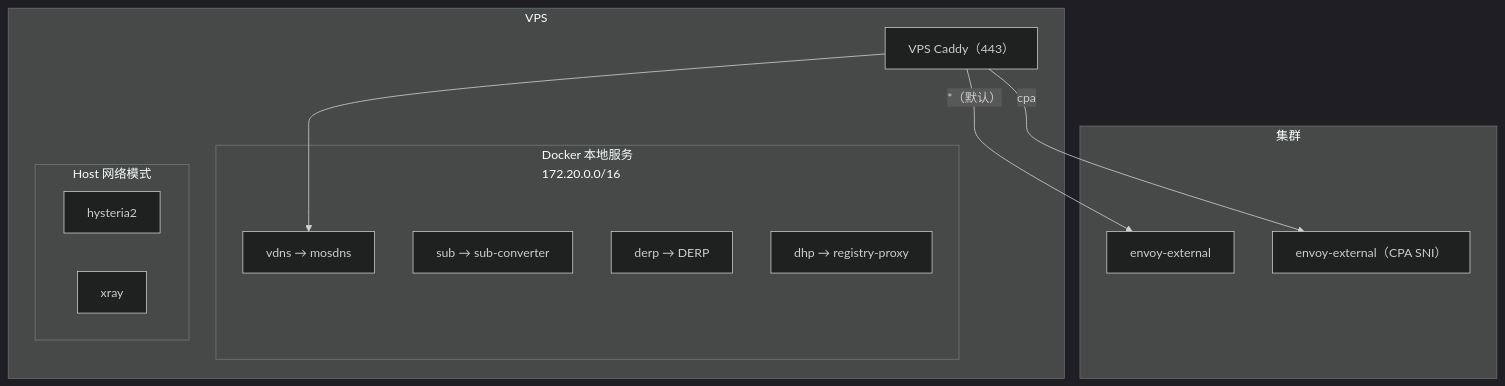
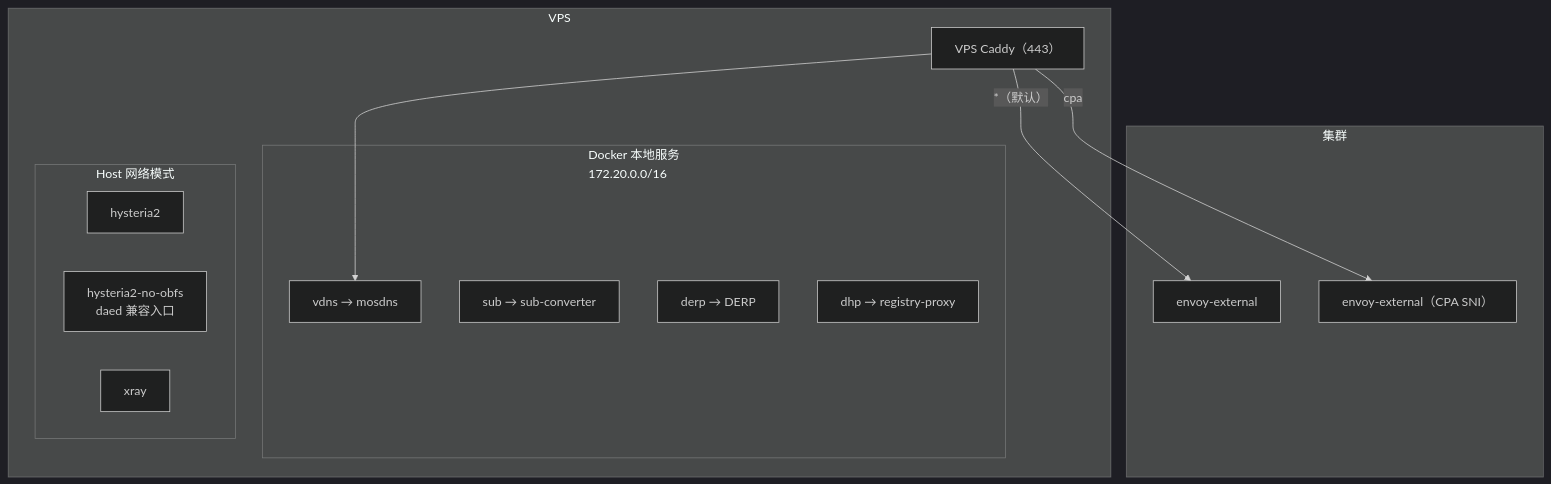
One commit to shelken/home-ops changed the sixth of 8 diagrams in docs/ARCHITECTURE.md. Above: the diagram before and after it, drawn with Mermaid (dark theme). The commit also changed other lines of this file, not shown here.

First line of the commit message:
docs: 更新当前网络架构图

````diff
--- a/docs/ARCHITECTURE.md
+++ b/docs/ARCHITECTURE.md
@@ -236,27 +254,28 @@
 ```mermaid
 graph TB
     subgraph VPS["VPS"]
         Caddy["VPS Caddy（443）"]
 
         subgraph LOCAL["Docker 本地服务<br/>172.20.0.0/16"]
             mosdns["vdns → mosdns"]
             subconv["sub → sub-converter"]
             derp["derp → DERP"]
             dhp["dhp → registry-proxy"]
         end
 
         subgraph HOST["Host 网络模式"]
             hysteria2["hysteria2"]
+            hysteria2_no_obfs["hysteria2-no-obfs<br/>daed 兼容入口"]
             xray["xray"]
         end
     end
 
     subgraph CLUSTER["集群"]
         Envoy["envoy-external"]
         Envoy_CPA["envoy-external（CPA SNI）"]
     end
 
     Caddy -->|"cpa"| Envoy_CPA
     Caddy -->|"*（默认）"| Envoy
     Caddy --> mosdns
 ```
````
